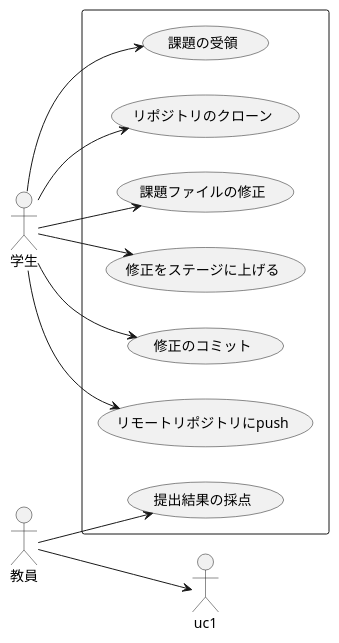
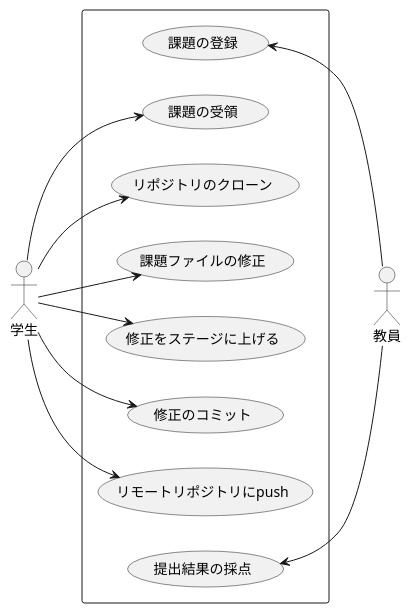
The third of 4 diagrams in exercise.md (DCS-1-301-02-2025/cl-graph-G584332025), drawn with PlantUML before and after one commit. The commit also changed other lines of this file, not shown here.

````diff
--- a/exercise.md
+++ b/exercise.md
@@ -67,24 +67,26 @@
 ```plantUML
 @startuml ex03
 left to right direction
 actor "学生" as student
 actor "教員" as faculty
 rectangle {
+    usecase "課題の登録" as uc1
     usecase "課題の受領" as uc2
     usecase "リポジトリのクローン" as uc3
     usecase "課題ファイルの修正" as uc4
     usecase "修正をステージに上げる" as uc5
     usecase "修正のコミット" as uc6
     usecase "リモートリポジトリにpush" as uc7
     usecase "提出結果の採点" as uc8
 }
 student --> uc3
 student --> uc2
 student --> uc4
 student --> uc5
 student --> uc6
 student --> uc7
-faculty --> uc1
-faculty --> uc8
+uc1 <-- faculty
+uc8 <-- faculty
+
 @enduml
 ```
````
